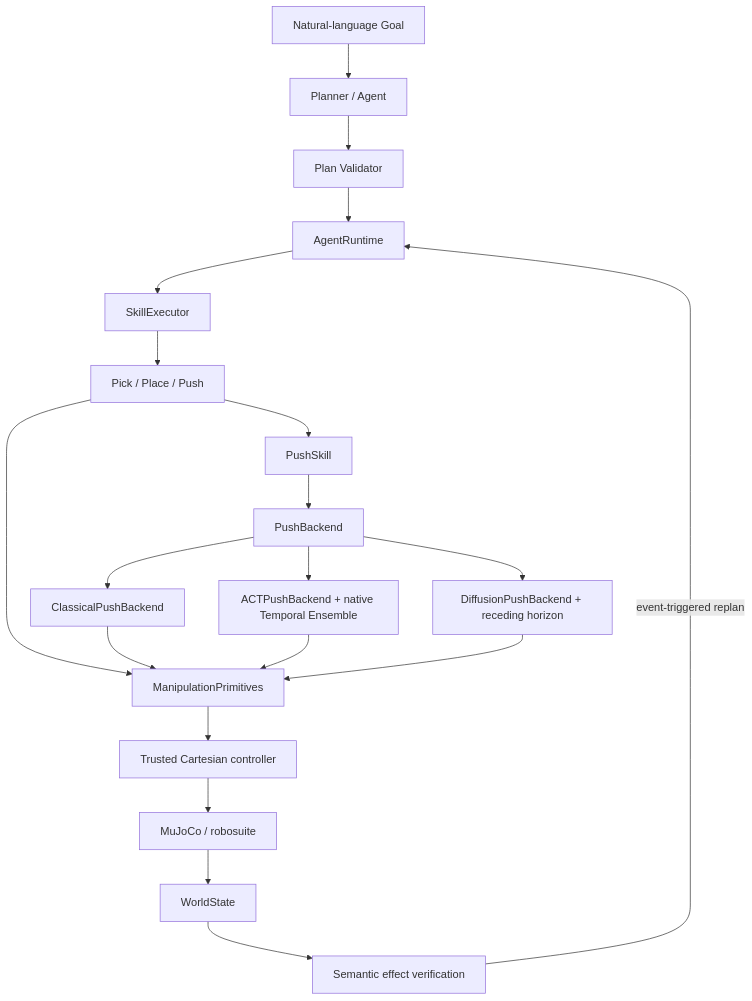
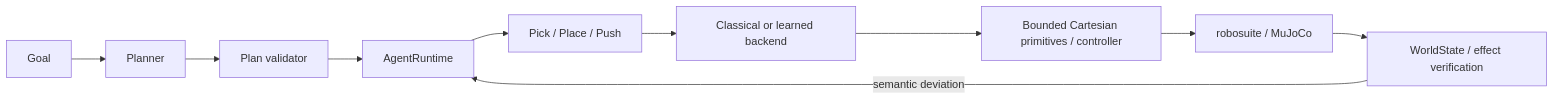
One commit to Block-O2/semantic-manipulation-stack changed the diagram in README.md. Above: the diagram before and after it, drawn with Mermaid. The commit also changed other lines of this file and 23 other files, not shown here.

````diff
--- a/README.md
+++ b/README.md
@@ -26,24 +28,12 @@
 ```mermaid
-flowchart TD
-    G["Natural-language Goal"] --> P["Planner / Agent"]
-    P --> V["Plan Validator"]
-    V --> A["AgentRuntime"]
-    A --> E["SkillExecutor"]
-    E --> S["Pick / Place / Push"]
-
-    S --> PR["ManipulationPrimitives"]
-    S --> PS["PushSkill"]
-    PS --> PB["PushBackend"]
-    PB --> CL["ClassicalPushBackend"]
-    PB --> ACT["ACTPushBackend + native Temporal Ensemble"]
-    PB --> DP["DiffusionPushBackend + receding horizon"]
-    CL --> PR
-    ACT --> PR
-    DP --> PR
-
-    PR --> C["Trusted Cartesian controller"]
-    C --> M["MuJoCo / robosuite"]
-    M --> W["WorldState"]
-    W --> X["Semantic effect verification"]
-    X -->|"event-triggered replan"| A
+flowchart LR
+    G[Goal] --> P[Planner]
+    P --> V[Plan validator]
+    V --> A[AgentRuntime]
+    A --> S[Pick / Place / Push]
+    S --> B[Classical or learned backend]
+    B --> C[Bounded Cartesian primitives / controller]
+    C --> M[robosuite / MuJoCo]
+    M --> W[WorldState / effect verification]
+    W -->|semantic deviation| A
 ```
````
